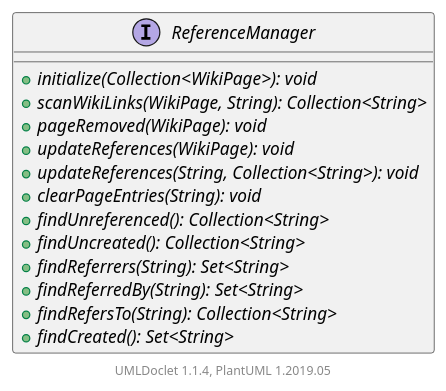
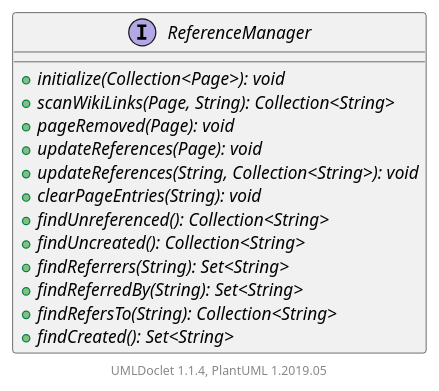
The diagram in apidocs/2.11.0.M7-SNAPSHOT/org/apache/wiki/references/ReferenceManager.puml (apache/jspwiki-site), drawn with PlantUML before and after one commit. The commit also changed 2126 other files, not shown here.

```diff
--- a/apidocs/2.11.0.M7-SNAPSHOT/org/apache/wiki/references/ReferenceManager.puml
+++ b/apidocs/2.11.0.M7-SNAPSHOT/org/apache/wiki/references/ReferenceManager.puml
@@ -1,20 +1,20 @@
 @startuml
 
     interface ReferenceManager [[ReferenceManager.html]] {
-        {abstract} +initialize(Collection<WikiPage>): void
-        {abstract} +scanWikiLinks(WikiPage, String): Collection<String>
-        {abstract} +pageRemoved(WikiPage): void
-        {abstract} +updateReferences(WikiPage): void
+        {abstract} +initialize(Collection<Page>): void
+        {abstract} +scanWikiLinks(Page, String): Collection<String>
+        {abstract} +pageRemoved(Page): void
+        {abstract} +updateReferences(Page): void
         {abstract} +updateReferences(String, Collection<String>): void
         {abstract} +clearPageEntries(String): void
         {abstract} +findUnreferenced(): Collection<String>
         {abstract} +findUncreated(): Collection<String>
         {abstract} +findReferrers(String): Set<String>
         {abstract} +findReferredBy(String): Set<String>
         {abstract} +findRefersTo(String): Collection<String>
         {abstract} +findCreated(): Set<String>
     }
 
 
     center footer UMLDoclet 1.1.4, PlantUML 1.2019.05
 @enduml
```
